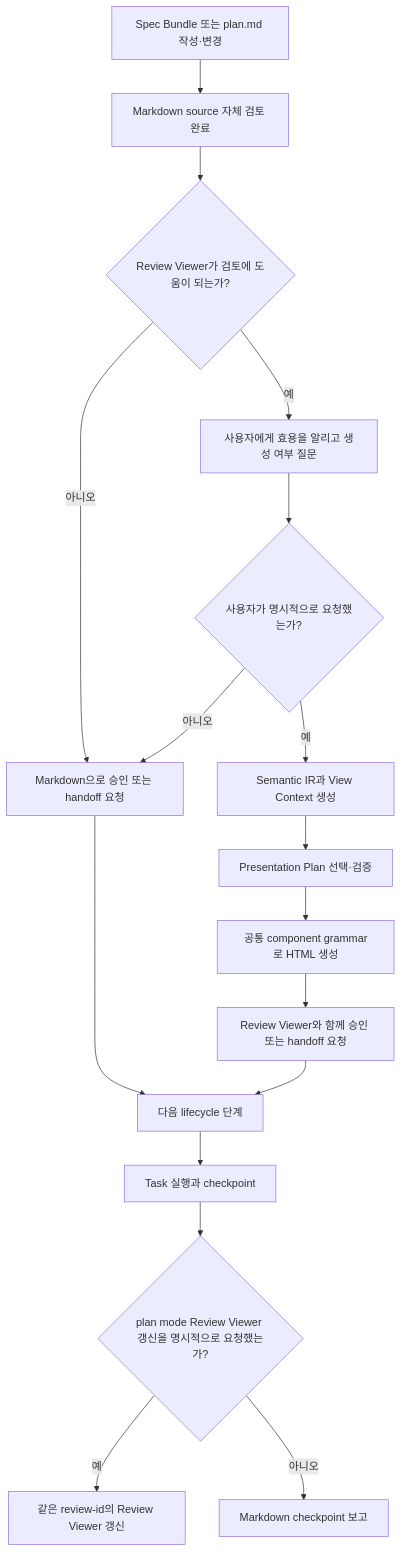
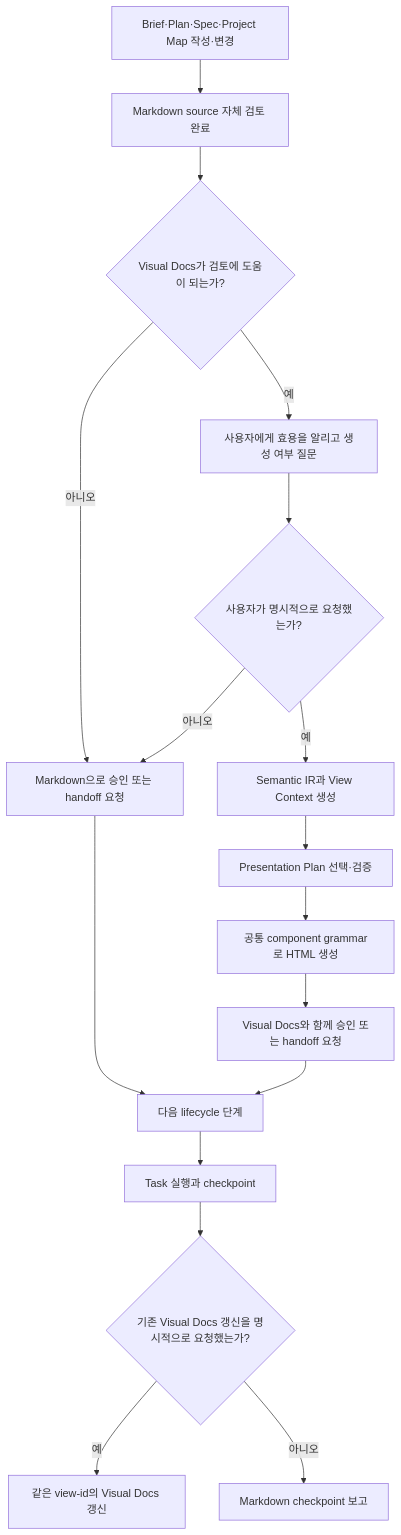
The first of 3 diagrams in docs/specs/review-viewer-lifecycle/human-readable-review-viewer.md (hope1026/aiagent-plugins), drawn with Mermaid before and after one commit. The commit also changed other lines of this file and 103 other files, not shown here.

Commit message:
feat(forge): replace review viewer with visual docs

````diff
--- a/docs/specs/review-viewer-lifecycle/human-readable-review-viewer.md
+++ b/docs/specs/review-viewer-lifecycle/human-readable-review-viewer.md
@@ -42,19 +43,19 @@
 ```mermaid
 flowchart TD
-    A[Spec Bundle 또는 plan.md 작성·변경] --> B[Markdown source 자체 검토 완료]
-    B --> C{Review Viewer가 검토에 도움이 되는가?}
+    A[Brief·Plan·Spec·Project Map 작성·변경] --> B[Markdown source 자체 검토 완료]
+    B --> C{Visual Docs가 검토에 도움이 되는가?}
     C -- 예 --> D[사용자에게 효용을 알리고 생성 여부 질문]
     C -- 아니오 --> E[Markdown으로 승인 또는 handoff 요청]
     D --> F{사용자가 명시적으로 요청했는가?}
     F -- 예 --> G[Semantic IR과 View Context 생성]
     F -- 아니오 --> E
     G --> GP[Presentation Plan 선택·검증]
     GP --> GR[공통 component grammar로 HTML 생성]
-    GR --> H[Review Viewer와 함께 승인 또는 handoff 요청]
+    GR --> H[Visual Docs와 함께 승인 또는 handoff 요청]
     E --> I[다음 lifecycle 단계]
     H --> I
     I --> J[Task 실행과 checkpoint]
-    J --> K{plan mode Review Viewer 갱신을 명시적으로 요청했는가?}
-    K -- 예 --> L[같은 review-id의 Review Viewer 갱신]
+    J --> K{기존 Visual Docs 갱신을 명시적으로 요청했는가?}
+    K -- 예 --> L[같은 view-id의 Visual Docs 갱신]
     K -- 아니오 --> M[Markdown checkpoint 보고]
 ```
````
